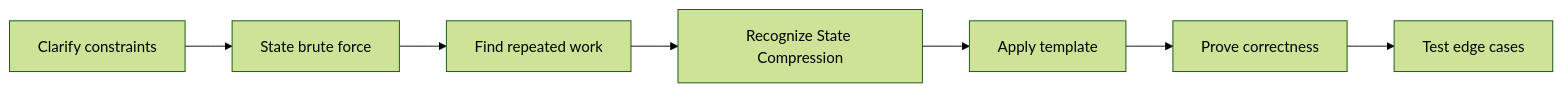
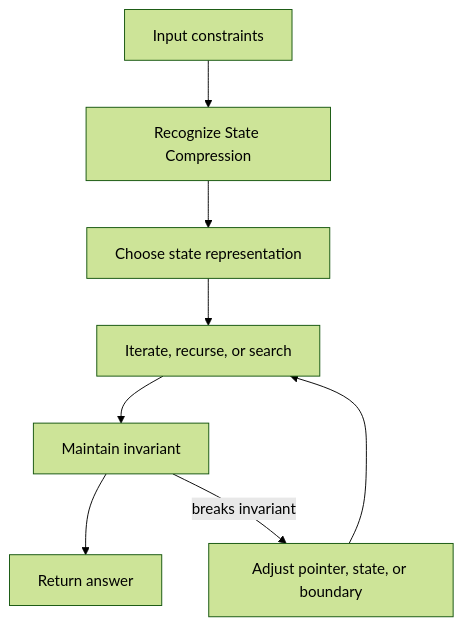
One commit to abstractinterviews/abstractinterviews.github.io changed the second of 2 diagrams in coding-round/patterns/dynamic-programming-track/state-compression/index.md. Above: the diagram before and after it, drawn with Mermaid (forest theme). The commit also changed other lines of this file and 278 other files, not shown here.

````diff
--- a/coding-round/patterns/dynamic-programming-track/state-compression/index.md
+++ b/coding-round/patterns/dynamic-programming-track/state-compression/index.md
@@ -123,9 +121,10 @@
-~~~mermaid
-flowchart LR
-    A["Clarify constraints"] --> B["State brute force"]
-    B --> C["Find repeated work"]
-    C --> D["Recognize State Compression"]
-    D --> E["Apply template"]
-    E --> F["Prove correctness"]
-    F --> G["Test edge cases"]
-~~~
+```mermaid
+flowchart TD
+    Input["Input constraints"] --> Pattern["Recognize State Compression"]
+    Pattern --> State["Choose state representation"]
+    State --> Iterate["Iterate, recurse, or search"]
+    Iterate --> Check["Maintain invariant"]
+    Check --> Result["Return answer"]
+    Check -->|breaks invariant| Fix["Adjust pointer, state, or boundary"]
+    Fix --> Iterate
+```
````
